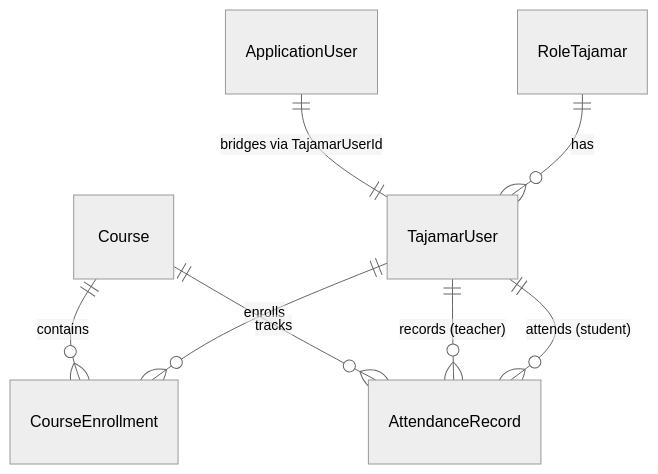
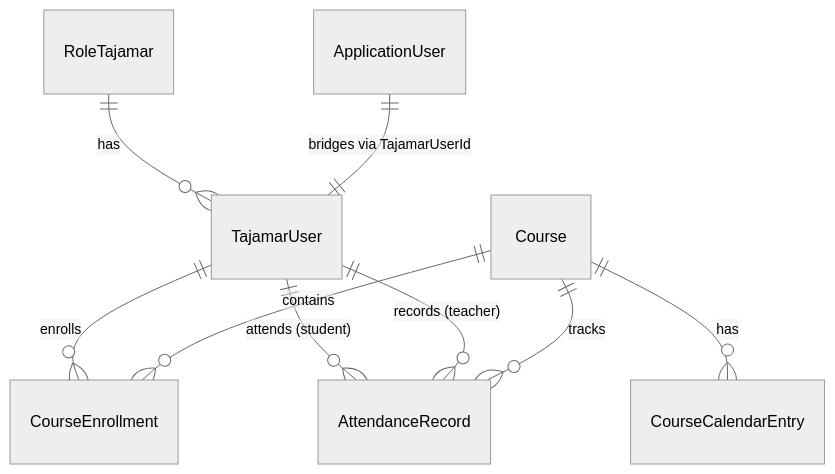
One commit to AlvaroCascoV/ProyectoExcel changed the second of 3 diagrams in Context_Alvaro.md. Above: the diagram before and after it, drawn with Mermaid (neutral theme). The commit also changed other lines of this file and 1 other file, not shown here.

````diff
--- a/Context_Alvaro.md
+++ b/Context_Alvaro.md
@@ -44,10 +45,11 @@
 ```mermaid
 erDiagram
     RoleTajamar ||--o{ TajamarUser : has
     TajamarUser ||--o{ CourseEnrollment : enrolls
     Course ||--o{ CourseEnrollment : contains
+    Course ||--o{ CourseCalendarEntry : has
     TajamarUser ||--o{ AttendanceRecord : "attends (student)"
     TajamarUser ||--o{ AttendanceRecord : "records (teacher)"
     Course ||--o{ AttendanceRecord : tracks
     ApplicationUser ||--|| TajamarUser : "bridges via TajamarUserId"
 ```
````
